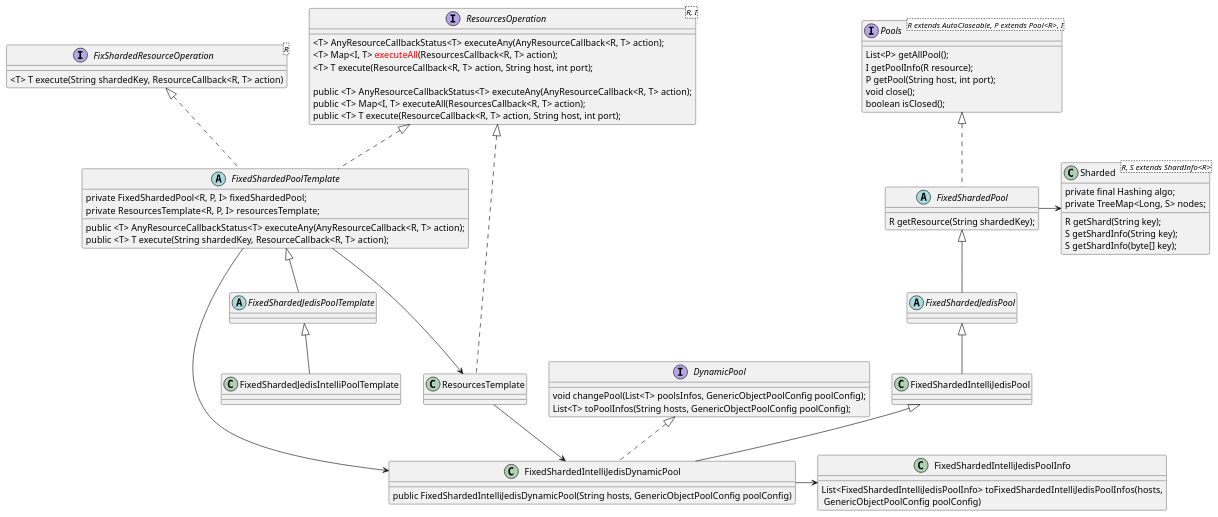
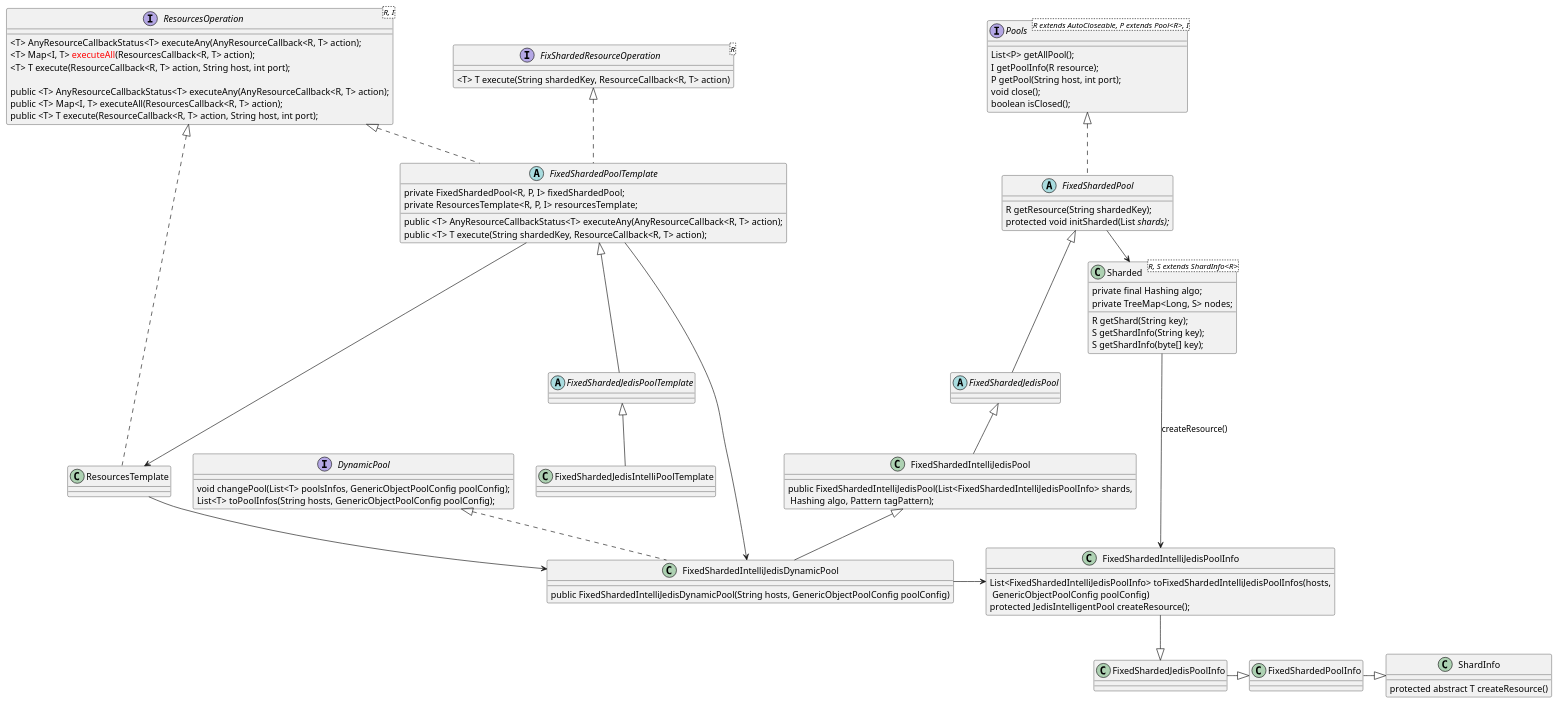
Before and after one commit to newbigTech/myDesignPattern: the diagram in uml/inventory/rush/redispool.puml, drawn with PlantUML.

Commit message:
uml图-rush

```diff
--- a/uml/inventory/rush/redispool.puml
+++ b/uml/inventory/rush/redispool.puml
@@ -1,103 +1,122 @@
 @startuml
 
 interface FixShardedResourceOperation<R> {
     <T> T execute(String shardedKey, ResourceCallback<R, T> action)
 }
 
 interface ResourcesOperation<R, I> {
     <T> AnyResourceCallbackStatus<T> executeAny(AnyResourceCallback<R, T> action);
     <T> Map<I, T> <font color=red>executeAll</font>(ResourcesCallback<R, T> action);
     <T> T execute(ResourceCallback<R, T> action, String host, int port);
 
 }
 
 abstract FixedShardedPoolTemplate{
     private FixedShardedPool<R, P, I> fixedShardedPool;
     private ResourcesTemplate<R, P, I> resourcesTemplate;
     public <T> AnyResourceCallbackStatus<T> executeAny(AnyResourceCallback<R, T> action);
     public <T> T execute(String shardedKey, ResourceCallback<R, T> action);
 }
 
 
 abstract FixedShardedJedisPoolTemplate{
 
 }
 
 class FixedShardedJedisIntelliPoolTemplate {
 
 }
 
 
 interface DynamicPool {
     void changePool(List<T> poolsInfos, GenericObjectPoolConfig poolConfig);
     List<T> toPoolInfos(String hosts, GenericObjectPoolConfig poolConfig);
 }
 
 interface Pools <R extends AutoCloseable, P extends Pool<R>, I>{
     List<P> getAllPool();
     I getPoolInfo(R resource);
     P getPool(String host, int port);
     void close();
     boolean isClosed();
 }
 
 abstract class FixedShardedPool{
     R getResource(String shardedKey);
+    protected void initSharded(List<I> shards);
 }
 Pools <|..FixedShardedPool
 abstract class FixedShardedJedisPool{
 
 }
 
 class FixedShardedIntelliJedisPool {
+public FixedShardedIntelliJedisPool(List<FixedShardedIntelliJedisPoolInfo> shards,\n Hashing algo, Pattern tagPattern);
 }
 FixedShardedPool<|--FixedShardedJedisPool
 
 
 class FixedShardedIntelliJedisDynamicPool {
     public FixedShardedIntelliJedisDynamicPool(String hosts, GenericObjectPoolConfig poolConfig)
 }
 
 interface ResourcesOperation<R, I> {
     public <T> AnyResourceCallbackStatus<T> executeAny(AnyResourceCallback<R, T> action);
     public <T> Map<I, T> executeAll(ResourcesCallback<R, T> action);
     public <T> T execute(ResourceCallback<R, T> action, String host, int port);
 }
 
 class ResourcesTemplate{
 
 }
 
 class FixedShardedIntelliJedisPoolInfo{
 List<FixedShardedIntelliJedisPoolInfo> toFixedShardedIntelliJedisPoolInfos(hosts,\n GenericObjectPoolConfig poolConfig)
+protected JedisIntelligentPool createResource();
 }
 
 class Sharded<R, S extends ShardInfo<R>> {
     private final Hashing algo;
     private TreeMap<Long, S> nodes;
     R getShard(String key);
     S getShardInfo(String key);
     S getShardInfo(byte[] key);
+}
+
+class FixedShardedJedisPoolInfo{
+
+}
+class FixedShardedPoolInfo{
+
+}
+class ShardInfo{
+    protected abstract T createResource()
 }
 
 ResourcesOperation <|.. ResourcesTemplate
 
 FixShardedResourceOperation <|..FixedShardedPoolTemplate
 ResourcesOperation <|..FixedShardedPoolTemplate
 
 FixedShardedPoolTemplate<|--FixedShardedJedisPoolTemplate
 
 FixedShardedJedisPoolTemplate<|--FixedShardedJedisIntelliPoolTemplate
 
 FixedShardedPoolTemplate --> FixedShardedIntelliJedisDynamicPool
 FixedShardedJedisPool<|--FixedShardedIntelliJedisPool
 FixedShardedIntelliJedisPool<|--FixedShardedIntelliJedisDynamicPool
 DynamicPool<|..FixedShardedIntelliJedisDynamicPool
 
 FixedShardedPoolTemplate --->ResourcesTemplate
 FixedShardedIntelliJedisDynamicPool->FixedShardedIntelliJedisPoolInfo
 
 ResourcesTemplate -->FixedShardedIntelliJedisDynamicPool
 
 FixedShardedPool->Sharded
+
+FixedShardedIntelliJedisPoolInfo --|> FixedShardedJedisPoolInfo
+FixedShardedJedisPoolInfo -|> FixedShardedPoolInfo
+FixedShardedPoolInfo -|> ShardInfo
+
+Sharded-->FixedShardedIntelliJedisPoolInfo:createResource()
 @enduml
```
